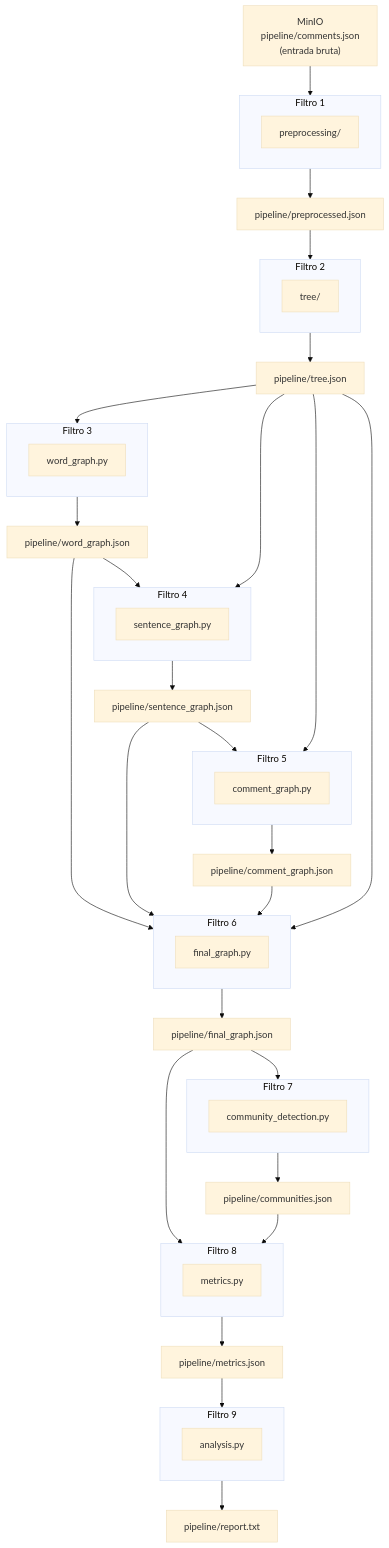
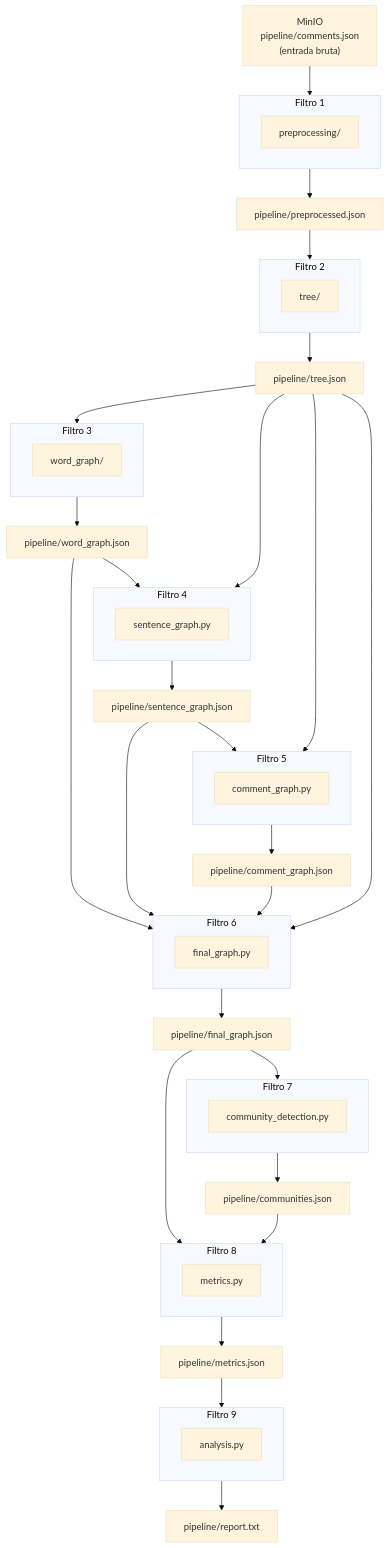
Before and after one commit to RufinoVfR/GameReviewGraph: the diagram in docs/arquitetura.md, drawn with Mermaid (base theme). The commit also changed other lines of this file and 6 other files, not shown here.

````diff
--- a/docs/arquitetura.md
+++ b/docs/arquitetura.md
@@ -9,57 +9,57 @@
 ```mermaid
 flowchart TD
     RAW["MinIO\npipeline/comments.json\n(entrada bruta)"]
 
     subgraph F1["Filtro 1"]
         PP["preprocessing/"]
     end
     subgraph F2["Filtro 2"]
         TR["tree/"]
     end
     subgraph F3["Filtro 3"]
-        WG["word_graph.py"]
+        WG["word_graph/"]
     end
     subgraph F4["Filtro 4"]
         SG["sentence_graph.py"]
     end
     subgraph F5["Filtro 5"]
         CG["comment_graph.py"]
     end
     subgraph F6["Filtro 6"]
         FG["final_graph.py"]
     end
     subgraph F7["Filtro 7"]
         CD["community_detection.py"]
     end
     subgraph F8["Filtro 8"]
         MT["metrics.py"]
     end
     subgraph F9["Filtro 9"]
         AN["analysis.py"]
     end
 
     PRE["pipeline/preprocessed.json"]
     TREE["pipeline/tree.json"]
     WGJ["pipeline/word_graph.json"]
     SGJ["pipeline/sentence_graph.json"]
     CGJ["pipeline/comment_graph.json"]
     FGJ["pipeline/final_graph.json"]
     COM["pipeline/communities.json"]
     MET["pipeline/metrics.json"]
     REP["pipeline/report.txt"]
 
     RAW --> F1 --> PRE --> F2 --> TREE
     TREE --> F3 --> WGJ
     WGJ --> F4
     TREE --> F4 --> SGJ
     SGJ --> F5
     TREE --> F5 --> CGJ
     WGJ --> F6
     SGJ --> F6
     CGJ --> F6
     TREE --> F6 --> FGJ
     FGJ --> F7 --> COM
     FGJ --> F8
     COM --> F8 --> MET
     MET --> F9 --> REP
 ```
````
